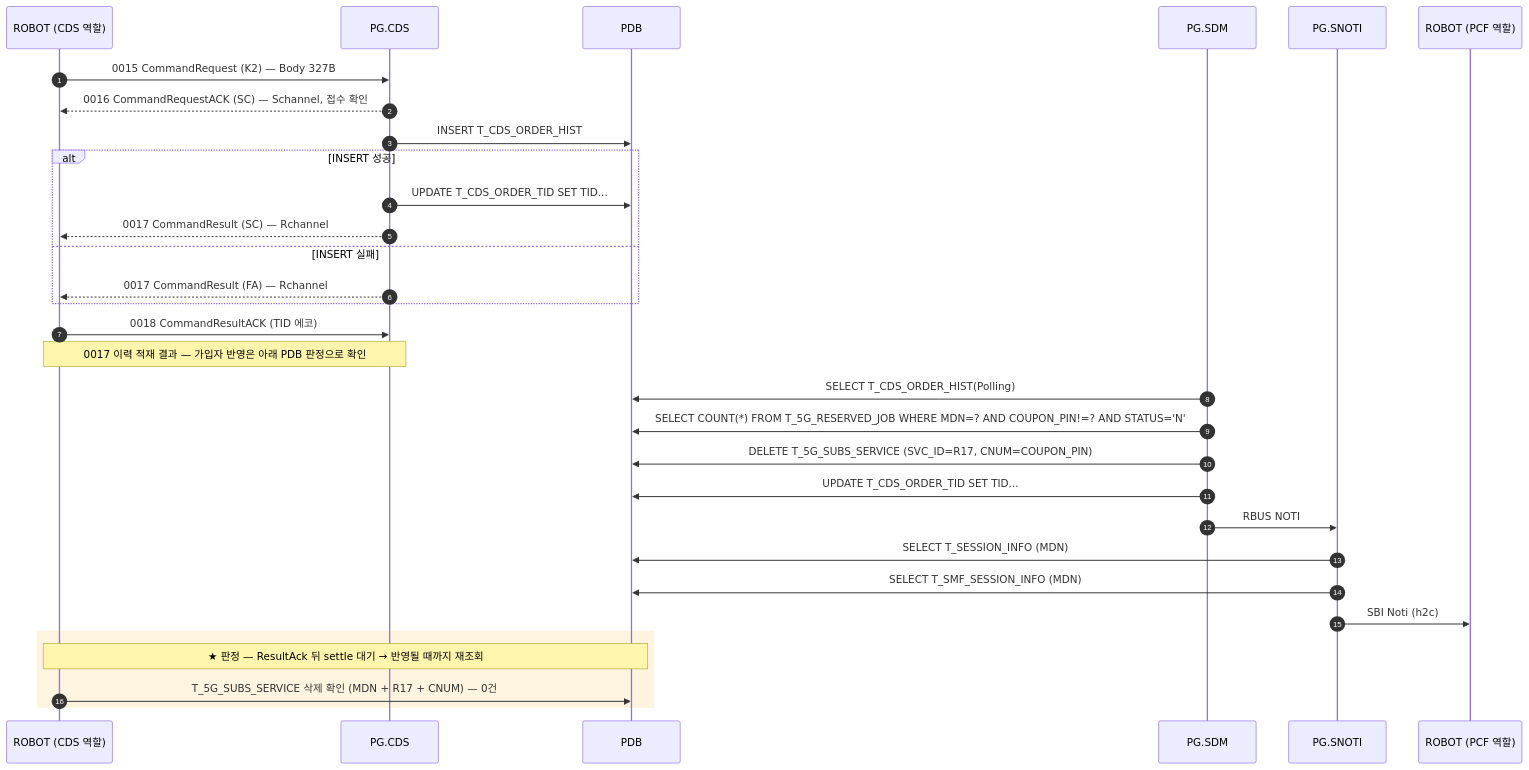
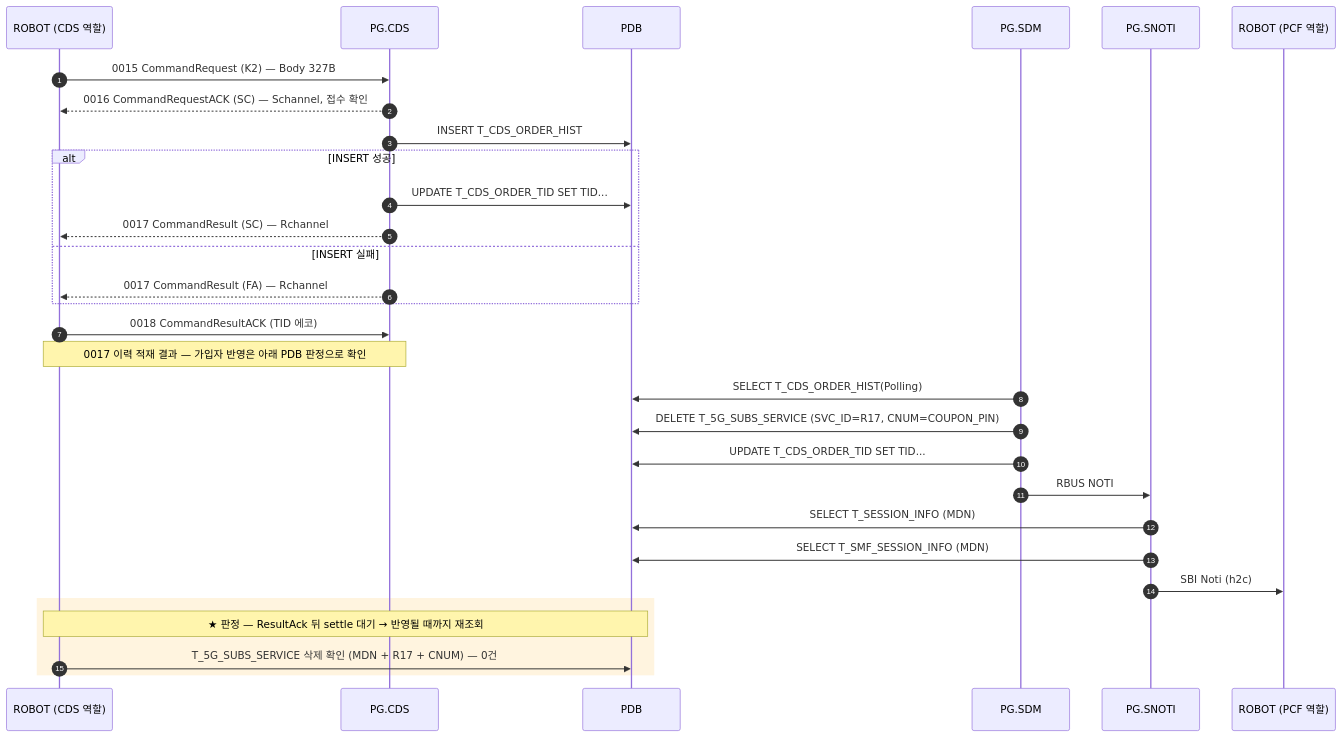
One commit to IanKim2030/tc4robot changed the ninth of 11 diagrams in docs/callflow/cds_callflow.md. Above: the diagram before and after it, drawn with Mermaid. The commit also changed other lines of this file and 2 other files, not shown here.

First line of the commit message:
docs(callflow): C1/G1/D3 콜플로우에 SDM 쪽 무조건 SBI Noti 경로 추가

````diff
--- a/docs/callflow/cds_callflow.md
+++ b/docs/callflow/cds_callflow.md
@@ -865,35 +879,34 @@
 ```mermaid
 sequenceDiagram
     autonumber
     participant TOOL as ROBOT (CDS 역할)
     participant PCDS as PG.CDS
     participant PDB as PDB
     participant SDM as PG.SDM
     participant SNOTI as PG.SNOTI
     participant PCF as ROBOT (PCF 역할)
 
     TOOL->>PCDS: 0015 CommandRequest (K2) — Body 327B
     PCDS-->>TOOL: 0016 CommandRequestACK (SC) — Schannel, 접수 확인
     PCDS->>PDB: INSERT T_CDS_ORDER_HIST
     alt INSERT 성공
         PCDS->>PDB: UPDATE T_CDS_ORDER_TID SET TID...
         PCDS-->>TOOL: 0017 CommandResult (SC) — Rchannel
     else INSERT 실패
         PCDS-->>TOOL: 0017 CommandResult (FA) — Rchannel
     end
     TOOL->>PCDS: 0018 CommandResultACK (TID 에코)
     Note over TOOL,PCDS: 0017 이력 적재 결과 — 가입자 반영은 아래 PDB 판정으로 확인
 
     SDM->>PDB: SELECT T_CDS_ORDER_HIST(Polling)
-    SDM->>PDB: SELECT COUNT(*) FROM T_5G_RESERVED_JOB WHERE MDN=? AND COUPON_PIN!=? AND STATUS='N'
     SDM->>PDB: DELETE T_5G_SUBS_SERVICE (SVC_ID=R17, CNUM=COUPON_PIN)
     SDM->>PDB: UPDATE T_CDS_ORDER_TID SET TID...
     SDM->>SNOTI: RBUS NOTI
     SNOTI->>PDB: SELECT T_SESSION_INFO (MDN)
     SNOTI->>PDB: SELECT T_SMF_SESSION_INFO (MDN)
     SNOTI->>PCF: SBI Noti (h2c)
     rect rgba(255, 176, 32, 0.14)
     Note over TOOL,PDB: ★ 판정 — ResultAck 뒤 settle 대기 → 반영될 때까지 재조회
         TOOL->>PDB: T_5G_SUBS_SERVICE 삭제 확인 (MDN + R17 + CNUM) — 0건
     end
 ```
````
